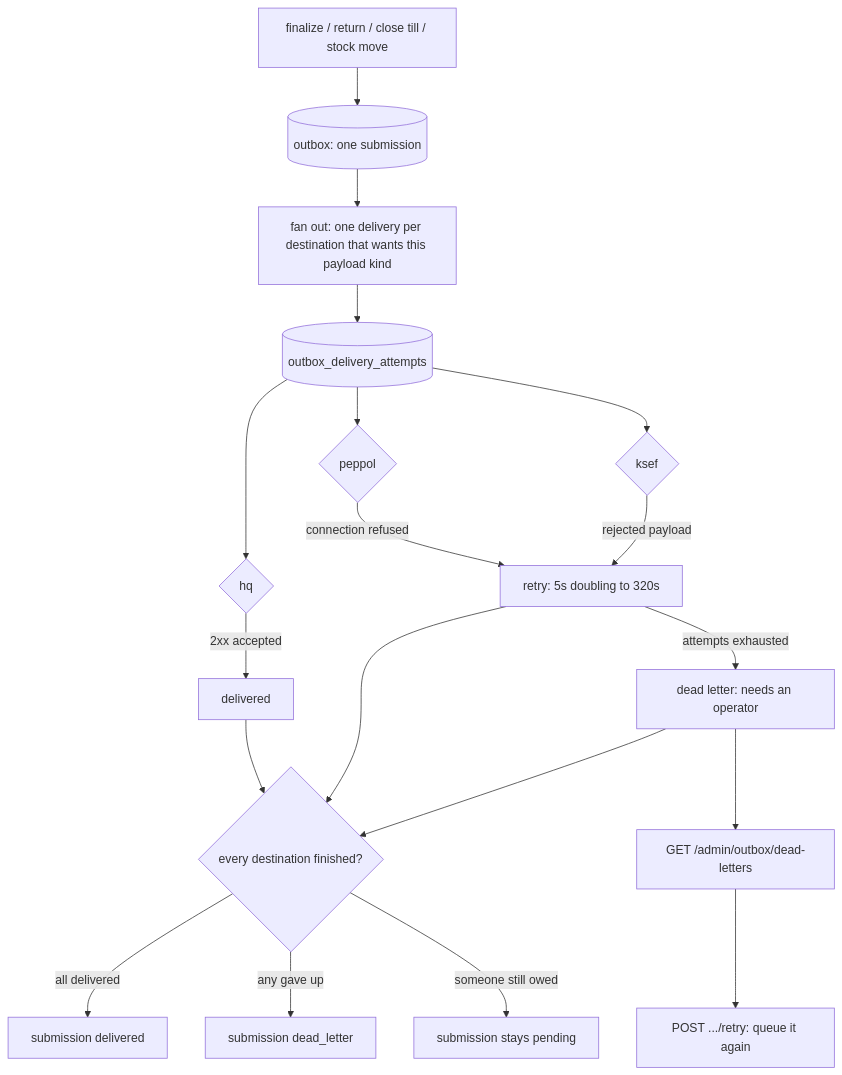
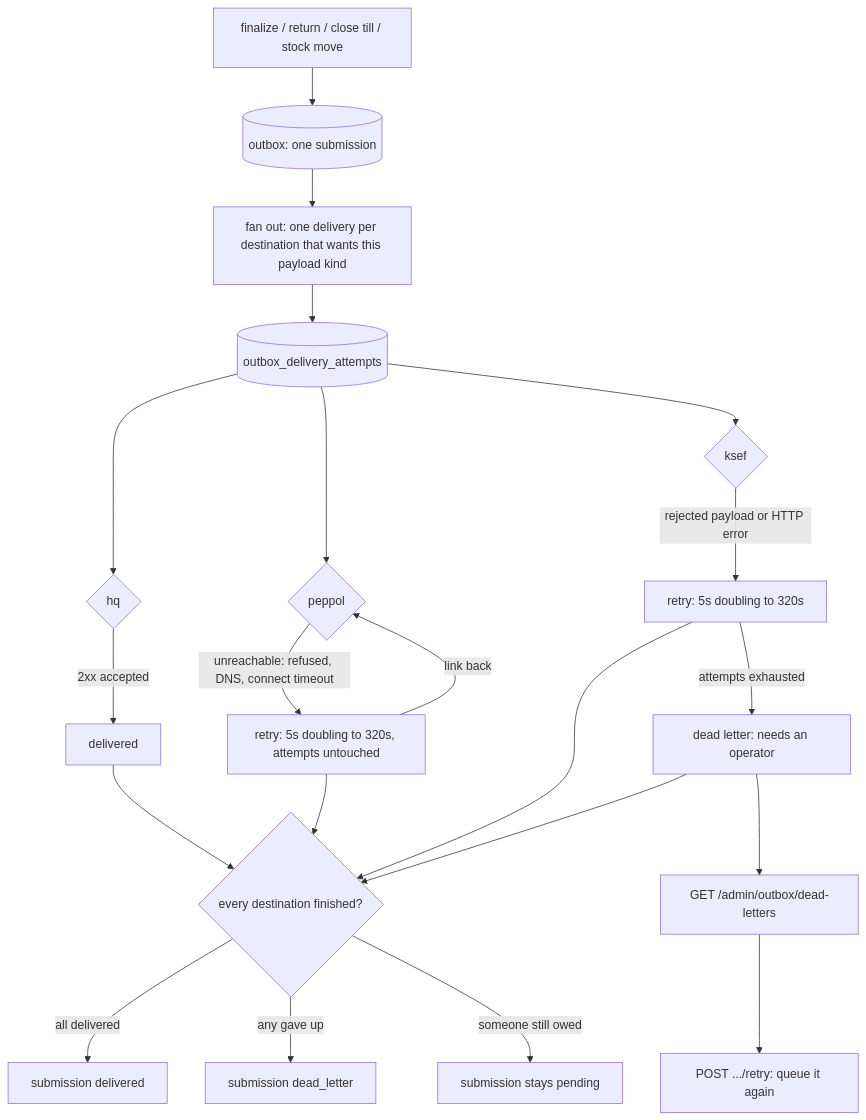
Before and after one commit to AncientiCe/apex-edge: diagram 41 of 45 in docs/architecture/README.md, drawn with Mermaid. The commit also changed other lines of this file and 6 other files, not shown here.

````diff
--- a/docs/architecture/README.md
+++ b/docs/architecture/README.md
@@ -1485,21 +1485,23 @@
 ```mermaid
 flowchart TD
     FIN[finalize / return / close till / stock move] --> OB[(outbox: one submission)]
     OB --> FO[fan out: one delivery per destination that wants this payload kind]
     FO --> DEST[(outbox_delivery_attempts)]
     DEST --> HQ{hq}
     DEST --> PEP{peppol}
     DEST --> KSEF{ksef}
     HQ -->|2xx accepted| OKA[delivered]
-    PEP -->|connection refused| RETRY[retry: 5s doubling to 320s]
-    KSEF -->|rejected payload| RETRY
+    PEP -->|unreachable: refused, DNS, connect timeout| WAITNET[retry: 5s doubling to 320s, attempts untouched]
+    WAITNET -->|link back| PEP
+    KSEF -->|rejected payload or HTTP error| RETRY[retry: 5s doubling to 320s]
     RETRY -->|attempts exhausted| DLQ[dead letter: needs an operator]
     OKA --> SETTLE{every destination finished?}
+    WAITNET --> SETTLE
     RETRY --> SETTLE
     DLQ --> SETTLE
     SETTLE -->|all delivered| DONE[submission delivered]
     SETTLE -->|any gave up| FAIL[submission dead_letter]
     SETTLE -->|someone still owed| WAIT[submission stays pending]
     DLQ --> ADMIN[GET /admin/outbox/dead-letters]
     ADMIN --> REQ[POST .../retry: queue it again]
 ```
````
